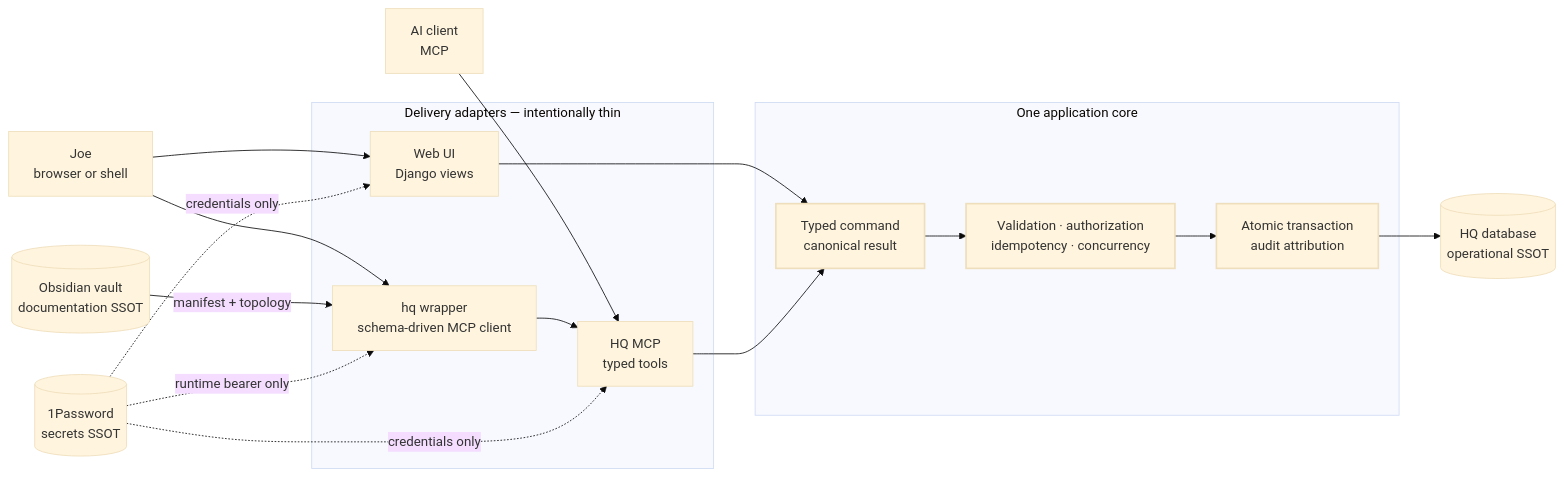
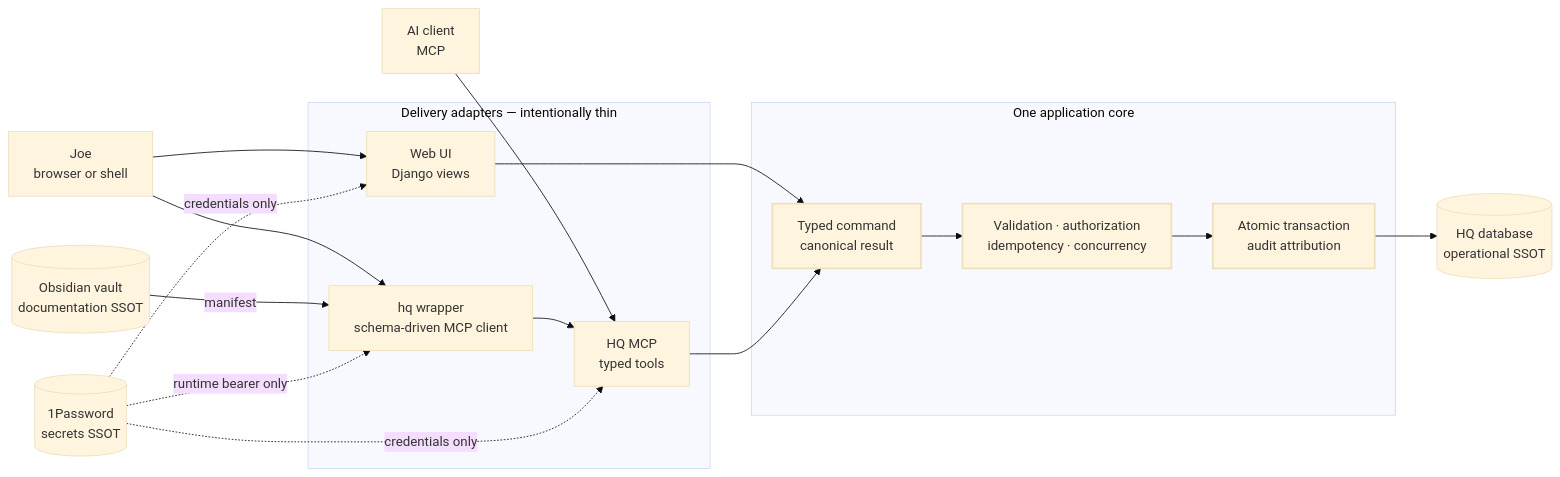
The diagram in docs/diagrams/application-core.mmd (joeseverino/severino-hq), drawn with Mermaid (base theme) before and after one commit. The commit also changed 57 other files, not shown here.

```diff
--- a/docs/diagrams/application-core.mmd
+++ b/docs/diagrams/application-core.mmd
@@ -1,36 +1,36 @@
 flowchart LR
     operator["Joe<br/>browser or shell"]
     agent["AI client<br/>MCP"]
 
     subgraph adapters["Delivery adapters — intentionally thin"]
         web["Web UI<br/>Django views"]
         mcp["HQ MCP<br/>typed tools"]
         cli["hq wrapper<br/>schema-driven MCP client"]
     end
 
     subgraph core["One application core"]
         contract["Typed command<br/>canonical result"]
         policy["Validation · authorization<br/>idempotency · concurrency"]
         transaction["Atomic transaction<br/>audit attribution"]
     end
 
     db[("HQ database<br/>operational SSOT")]
     vault[("Obsidian vault<br/>documentation SSOT")]
     secrets[("1Password<br/>secrets SSOT")]
 
     operator --> web
     operator --> cli
     agent --> mcp
 
     web --> contract
     mcp --> contract
     cli --> mcp
     contract --> policy --> transaction --> db
 
-    vault -->|"manifest + topology"| cli
+    vault -->|"manifest"| cli
     secrets -.->|"credentials only"| web
     secrets -.->|"credentials only"| mcp
     secrets -.->|"runtime bearer only"| cli
 
     classDef anchor stroke-width:2px;
     class contract,policy,transaction anchor;
```
